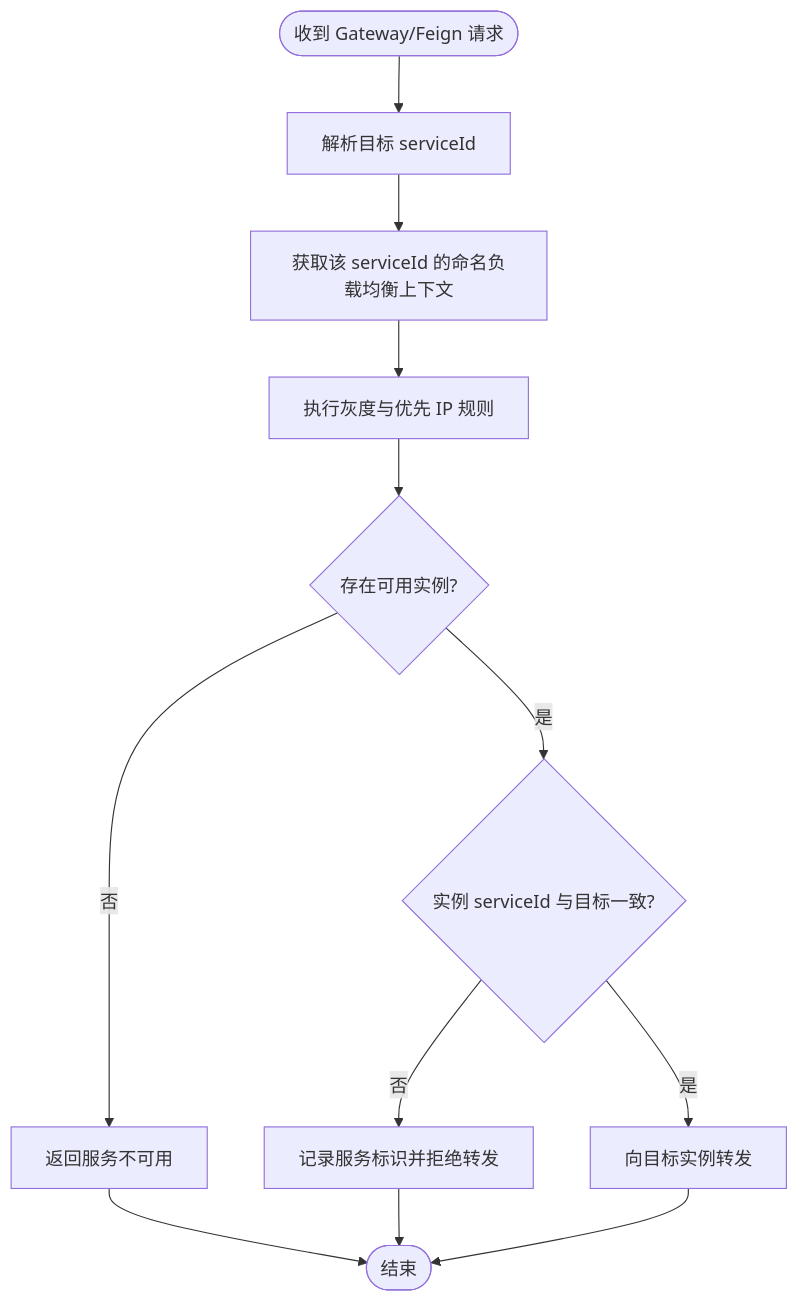
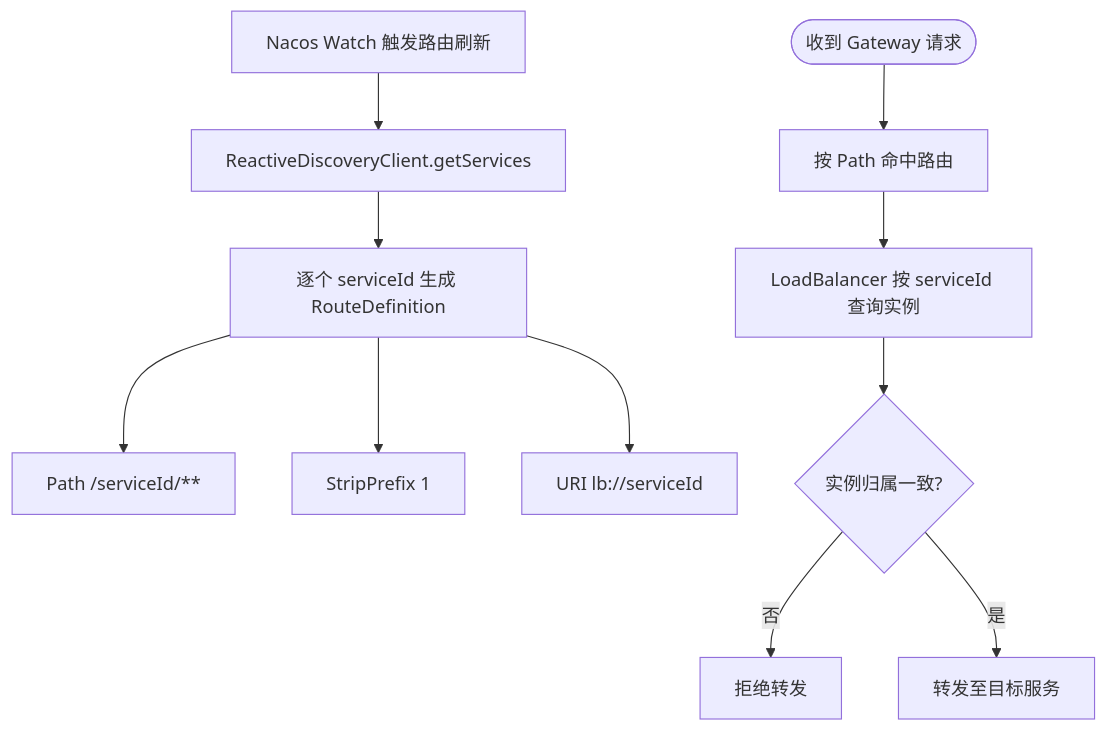
The diagram in doc/requirements/REQ-2026-007-loadbalancer-isolation.md (anInterestingName/SpringBlade), drawn with Mermaid before and after one commit. The commit also changed other lines of this file and 6 other files, not shown here.

````diff
--- a/doc/requirements/REQ-2026-007-loadbalancer-isolation.md
+++ b/doc/requirements/REQ-2026-007-loadbalancer-isolation.md
@@ -59,14 +62,13 @@
 ```mermaid
 flowchart TD
-    A([收到 Gateway/Feign 请求]) --> B[解析目标 serviceId]
-    B --> C[获取该 serviceId 的命名负载均衡上下文]
-    C --> D[执行灰度与优先 IP 规则]
-    D --> E{存在可用实例?}
-    E -- 否 --> F[返回服务不可用]
-    E -- 是 --> G{实例 serviceId 与目标一致?}
-    G -- 否 --> H[记录服务标识并拒绝转发]
-    G -- 是 --> I[向目标实例转发]
-    F --> Z([结束])
-    H --> Z
-    I --> Z
+    A[Nacos Watch 触发路由刷新] --> B[ReactiveDiscoveryClient.getServices]
+    B --> C[逐个 serviceId 生成 RouteDefinition]
+    C --> D[Path /serviceId/**]
+    C --> E[StripPrefix 1]
+    C --> F[URI lb://serviceId]
+    G([收到 Gateway 请求]) --> H[按 Path 命中路由]
+    H --> I[LoadBalancer 按 serviceId 查询实例]
+    I --> J{实例归属一致?}
+    J -- 否 --> K[拒绝转发]
+    J -- 是 --> L[转发至目标服务]
 ```
````
